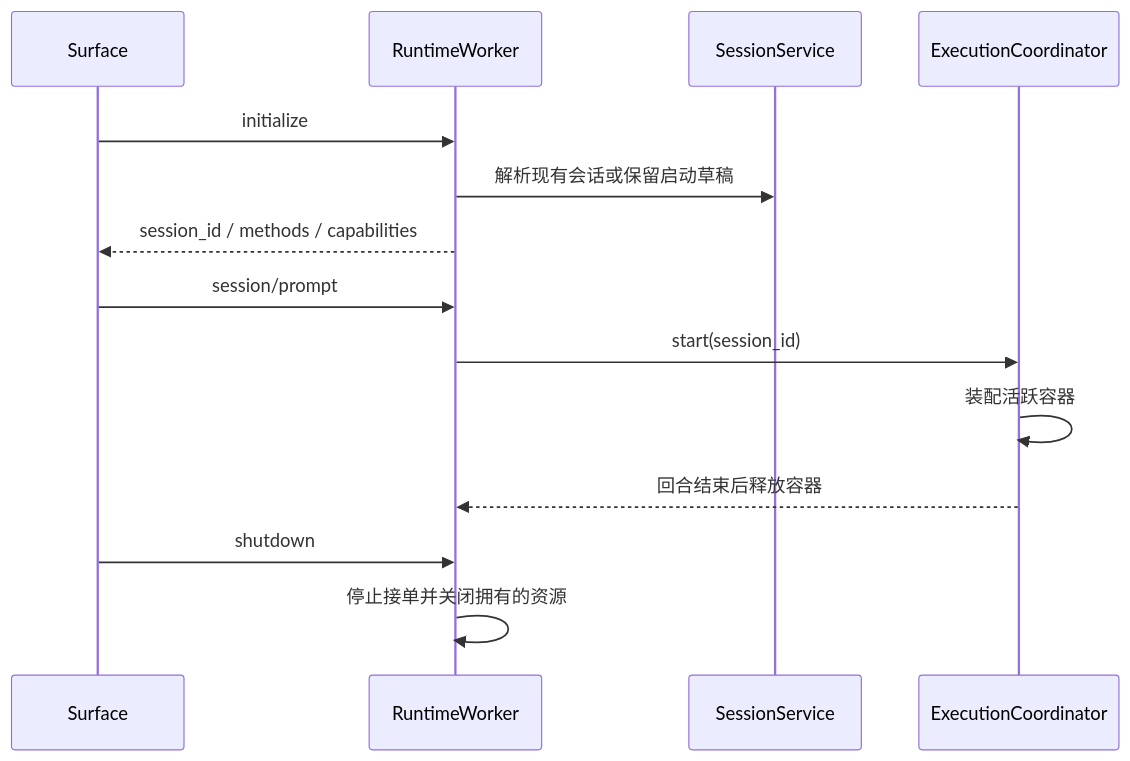
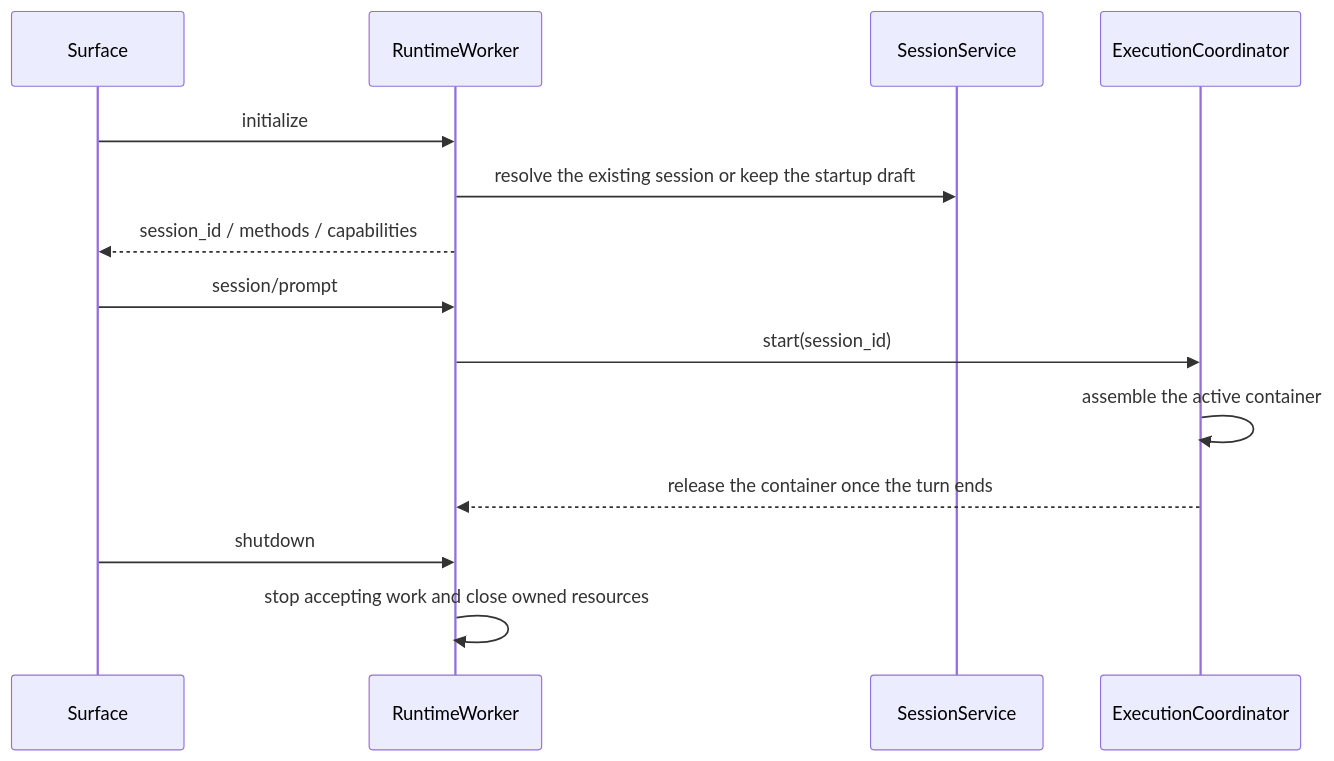
One commit to Azzurroooo/rind changed the diagram in docs/internals/01-runtime/worker-lifecycle.md. Above: the diagram before and after it, drawn with Mermaid. The commit also changed other lines of this file and 109 other files, not shown here.

```diff
--- a/docs/internals/01-runtime/worker-lifecycle.md
+++ b/docs/internals/01-runtime/worker-lifecycle.md
@@ -5,16 +7,16 @@
 ~~~mermaid
 sequenceDiagram
     participant S as Surface
     participant W as RuntimeWorker
     participant SS as SessionService
     participant EC as ExecutionCoordinator
     S->>W: initialize
-    W->>SS: 解析现有会话或保留启动草稿
+    W->>SS: resolve the existing session or keep the startup draft
     W-->>S: session_id / methods / capabilities
     S->>W: session/prompt
     W->>EC: start(session_id)
-    EC->>EC: 装配活跃容器
-    EC-->>W: 回合结束后释放容器
+    EC->>EC: assemble the active container
+    EC-->>W: release the container once the turn ends
     S->>W: shutdown
-    W->>W: 停止接单并关闭拥有的资源
+    W->>W: stop accepting work and close owned resources
 ~~~
```
